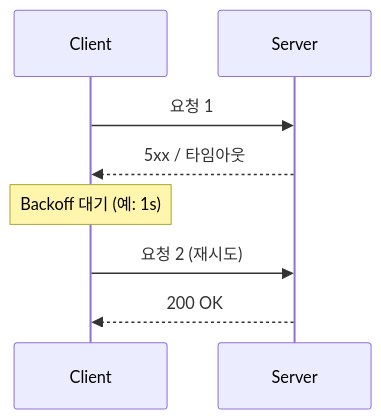
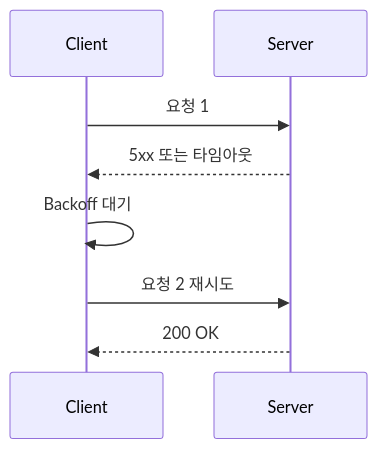
The second of 2 diagrams in public/handbook/core-cs/retry-backoff.md (gwonmin/QuizNox_front), drawn with Mermaid before and after one commit. The commit also changed other lines of this file and 125 other files, not shown here.

````diff
--- a/public/handbook/core-cs/retry-backoff.md
+++ b/public/handbook/core-cs/retry-backoff.md
@@ -33,10 +35,10 @@
 ```mermaid
 sequenceDiagram
   participant C as Client
   participant S as Server
   C->>S: 요청 1
-  S-->>C: 5xx / 타임아웃
-  Note over C: Backoff 대기 (예: 1s)
-  C->>S: 요청 2 (재시도)
+  S-->>C: 5xx 또는 타임아웃
+  C->>C: Backoff 대기
+  C->>S: 요청 2 재시도
   S-->>C: 200 OK
 ```
````
